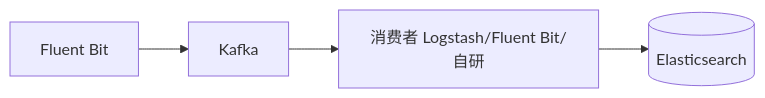
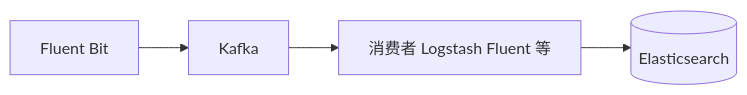
One commit to brinnatt/kubeauto changed the eighth of 19 diagrams in docs/efk/EFK.md. Above: the diagram before and after it, drawn with Mermaid. The commit also changed other lines of this file, not shown here.

````diff
--- a/docs/efk/EFK.md
+++ b/docs/efk/EFK.md
@@ -678,6 +678,6 @@
 ```mermaid
 flowchart LR
   FB[Fluent Bit] --> K[Kafka]
-  K --> C[消费者 Logstash/Fluent Bit/自研]
+  K --> C["消费者 Logstash Fluent 等"]
   C --> ES[(Elasticsearch)]
 ```
````
